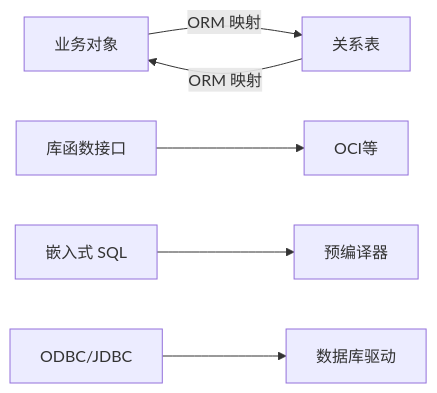
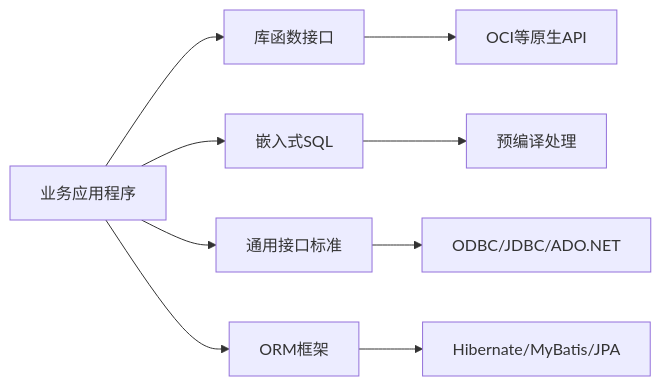
Before and after one commit to Norman-pong/architect-prep: diagram 13 of 18 in server/internal/seed/markdown/ch06.md, drawn with Mermaid. The commit also changed other lines of this file and 29 other files, not shown here.

````diff
--- a/server/internal/seed/markdown/ch06.md
+++ b/server/internal/seed/markdown/ch06.md
@@ -73,8 +464,11 @@
 ```mermaid
 graph LR
-    A[业务对象] -->|ORM 映射| B[关系表]
-    B -->|ORM 映射| A
-    C[库函数接口] --> D[OCI等]
-    E[嵌入式 SQL] --> F[预编译器]
-    G[ODBC/JDBC] --> H[数据库驱动]
+    A[业务应用程序] --> B[库函数接口]
+    A --> C[嵌入式SQL]
+    A --> D[通用接口标准]
+    A --> E[ORM框架]
+    B --> F[OCI等原生API]
+    C --> G[预编译处理]
+    D --> H[ODBC/JDBC/ADO.NET]
+    E --> I[Hibernate/MyBatis/JPA]
 ```
````
